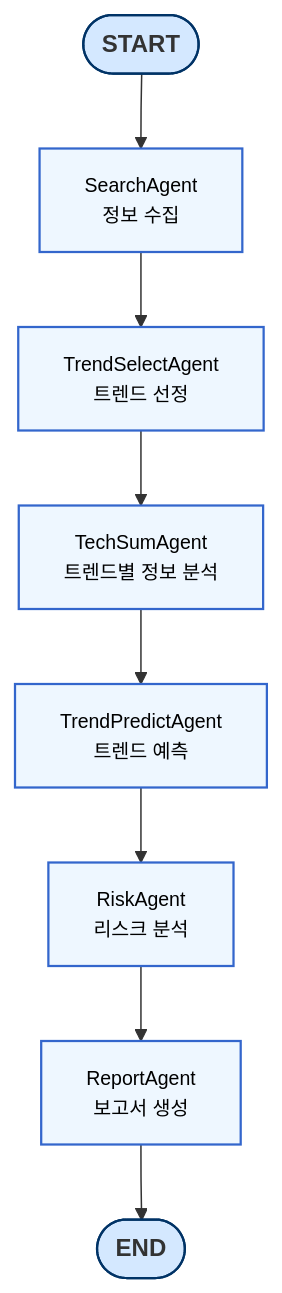
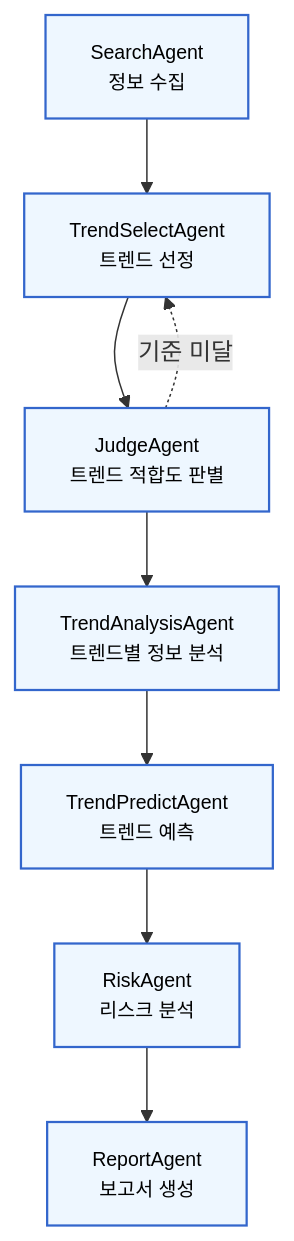
One commit to slj9887/ai-service-miniproject changed the diagram in README.md. Above: the diagram before and after it, drawn with Mermaid. The commit also changed other lines of this file, not shown here.

Commit message:
README.md

````diff
--- a/README.md
+++ b/README.md
@@ -36,24 +38,20 @@
 ```mermaid
-flowchart TD
-    %% === START & END ===
-    A([START])
-    F([END])
-
+flowchart TB
     %% === Agent Nodes ===
-    B[SearchAgent<br/>정보 수집]
-    H[TrendSelectAgent<br/>트렌드 선정]
-    C[TechSumAgent<br/>트렌드별 정보 분석]
-    D[TrendPredictAgent<br/>트렌드 예측]
-    G[RiskAgent<br/>리스크 분석]
-    E[ReportAgent<br/>보고서 생성]
+    A["SearchAgent<br>정보 수집"]
+    B["TrendSelectAgent<br>트렌드 선정"]
+    C["JudgeAgent<br>트렌드 적합도 판별"]
+    D["TrendAnalysisAgent<br>트렌드별 정보 분석"]
+    E["TrendPredictAgent<br>트렌드 예측"]
+    F["RiskAgent<br>리스크 분석"]
+    G["ReportAgent<br>보고서 생성"]
 
     %% === Main Pipeline Flow ===
-    A --> B --> H --> C --> D --> G --> E --> F
+    A --> B --> C --> D --> E --> F --> G
+    C -. "기준 미달" .-> B
 
     %% === Styling ===
     classDef agent fill:#eef7ff,stroke:#3366cc,stroke-width:1.5px,color:#000,font-size:13px;
-    classDef startend fill:#d4e8ff,stroke:#003366,stroke-width:1.5px,font-weight:bold;
-    class A,F startend;
-    class B,H,C,D,G,E agent;
+    class A,B,C,D,E,F,G agent;
 
 ```
````
